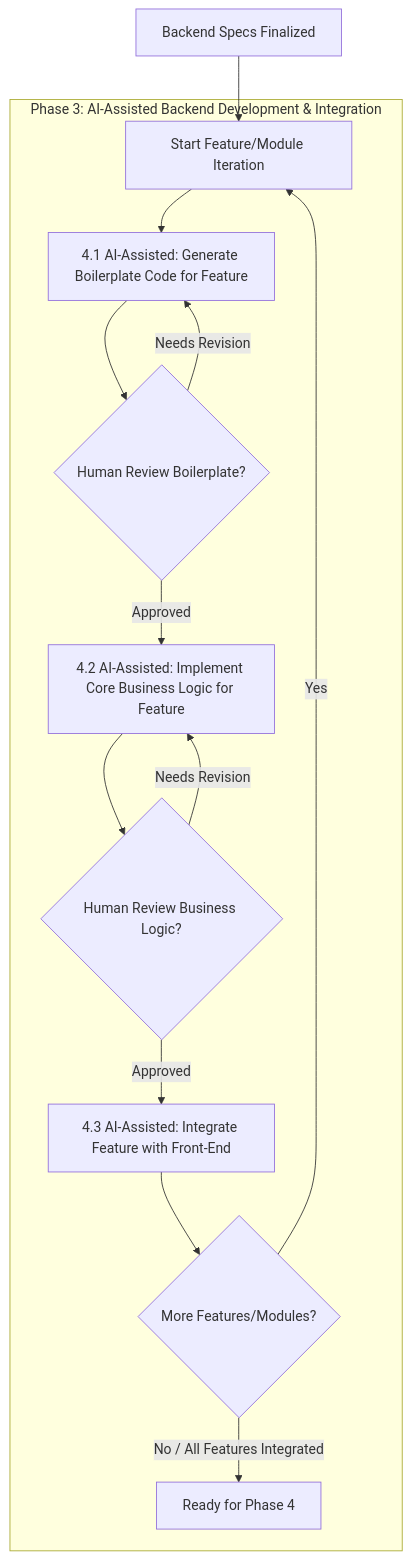
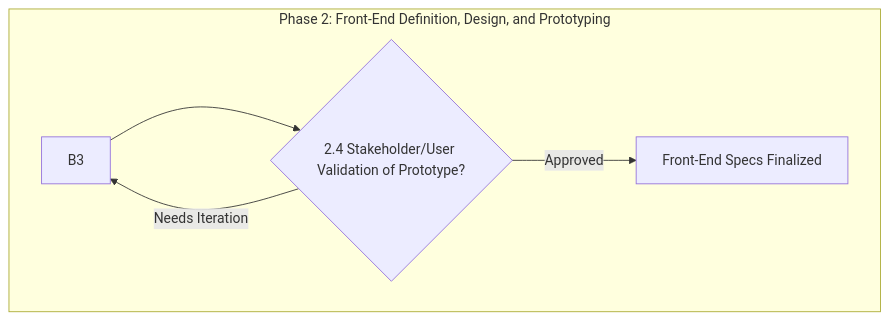
The diagram in Method/FF-phase4.md (Mharbulous/Front-First-Method), drawn with Mermaid before and after one commit. The commit also changed other lines of this file and 6 other files, not shown here.

Commit message:
Merging diagrams with nuance of original instruction (WIP)

````diff
--- a/Method/FF-phase4.md
+++ b/Method/FF-phase4.md
@@ -1,17 +2,10 @@
 ```mermaid
 graph TD
-    D_Spec["Backend Specs Finalized"] --> D_Loop_Start["Start Feature/Module Iteration"]
     
-    subgraph Phase3 ["Phase 3: AI-Assisted Backend Development & Integration"]
-        D_Loop_Start --> D1["4.1 AI-Assisted: Generate Boilerplate Code for Feature"]
-        D1 --> D1_Val{"Human Review Boilerplate?"}
-        D1_Val -->|Needs Revision| D1
-        D1_Val -->|Approved| D2["4.2 AI-Assisted: Implement Core Business Logic for Feature"]
-        D2 --> D2_Val{"Human Review Business Logic?"}
-        D2_Val -->|Needs Revision| D2
-        D2_Val -->|Approved| D3["4.3 AI-Assisted: Integrate Feature with Front-End"]
-        D3 --> D_Loop_Check{"More Features/Modules?"}
-        D_Loop_Check -->|Yes| D_Loop_Start
-        D_Loop_Check -->|No / All Features Integrated| E1["Ready for Phase 4"]
+    
+    subgraph Phase1 ["Phase 2: Front-End Definition, Design, and Prototyping"]
+        B3 --> B4_Val{"2.4 Stakeholder/User Validation of Prototype?"}
+        B4_Val -->|Needs Iteration| B3
+        B4_Val -->|Approved| C_Spec["Front-End Specs Finalized"]
     end
 ```
````
